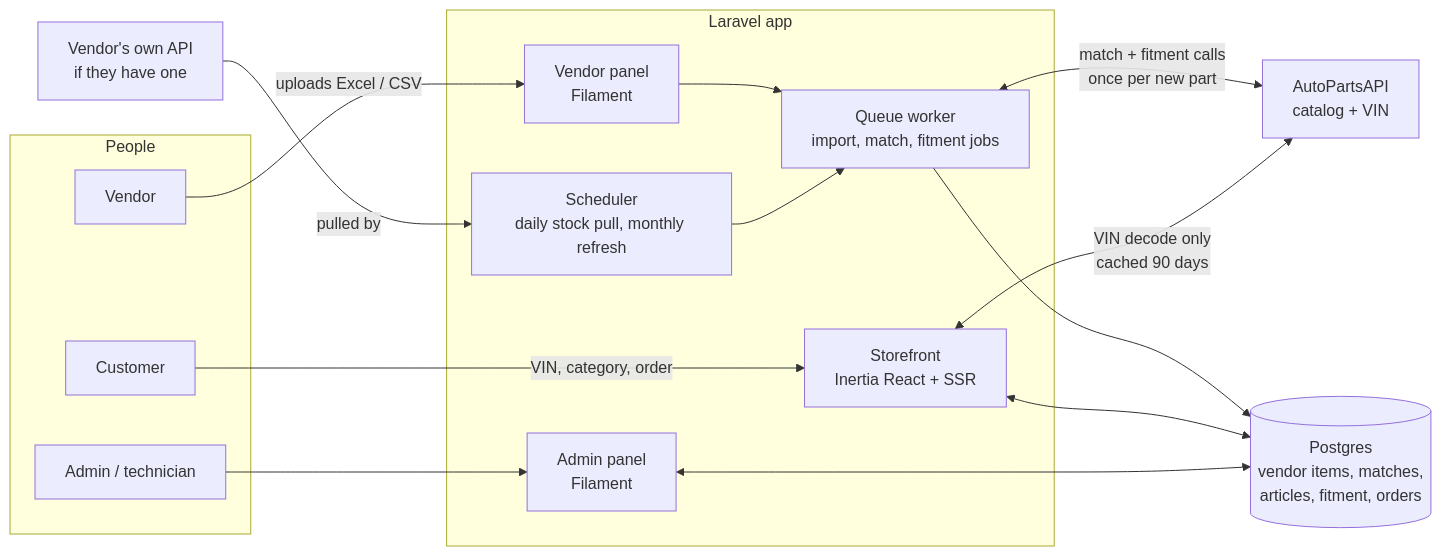
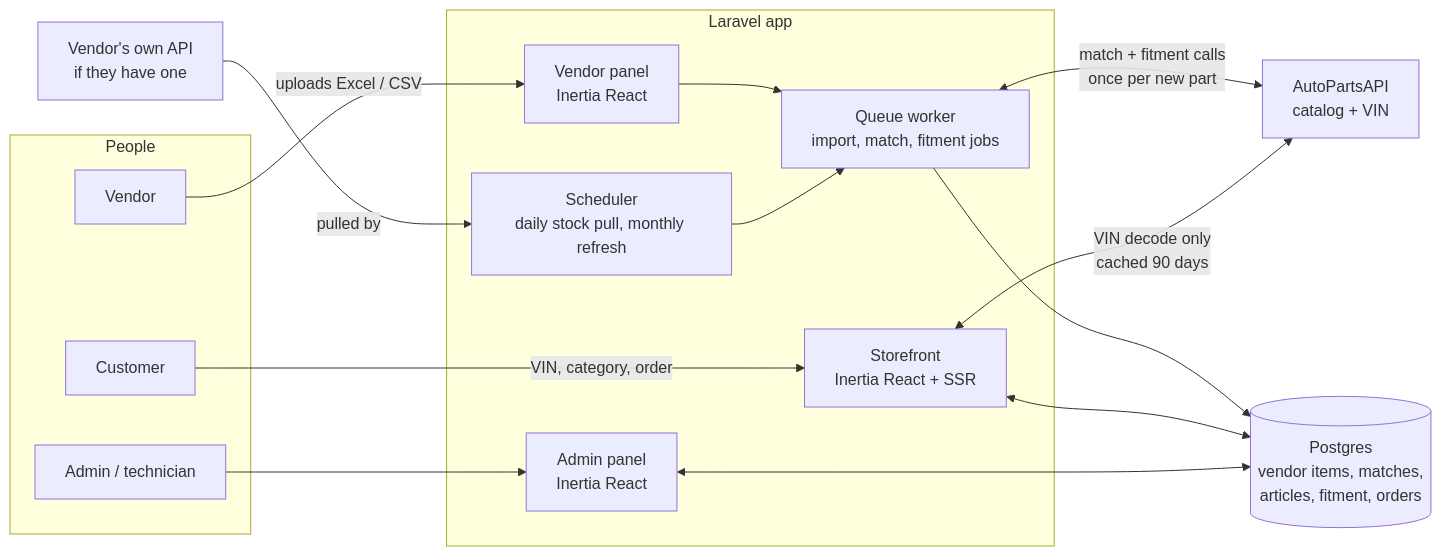
Before and after one commit to thomaMimani/autopartsonline: the first of 9 diagrams in docs/09-core-flows.md, drawn with Mermaid. The commit also changed other lines of this file and 203 other files, not shown here.

````diff
--- a/docs/09-core-flows.md
+++ b/docs/09-core-flows.md
@@ -12,34 +12,34 @@
 ```mermaid
 flowchart LR
     subgraph People
         V["Vendor"]
         C["Customer"]
         A["Admin / technician"]
     end
 
     subgraph App["Laravel app"]
-        VP["Vendor panel<br/>Filament"]
+        VP["Vendor panel<br/>Inertia React"]
         SF["Storefront<br/>Inertia React + SSR"]
-        AP["Admin panel<br/>Filament"]
+        AP["Admin panel<br/>Inertia React"]
         Q["Queue worker<br/>import, match, fitment jobs"]
         S["Scheduler<br/>daily stock pull, monthly refresh"]
     end
 
     DB[("Postgres<br/>vendor items, matches,<br/>articles, fitment, orders")]
     CAT["AutoPartsAPI<br/>catalog + VIN"]
     VAPI["Vendor's own API<br/>if they have one"]
 
     V -->|"uploads Excel / CSV"| VP
     VAPI -->|"pulled by"| S
     VP --> Q
     S --> Q
     Q <-->|"match + fitment calls<br/>once per new part"| CAT
     Q --> DB
 
     C -->|"VIN, category, order"| SF
     SF <-->|"VIN decode only<br/>cached 90 days"| CAT
     SF <--> DB
 
     A --> AP
     AP <--> DB
 ```
````
